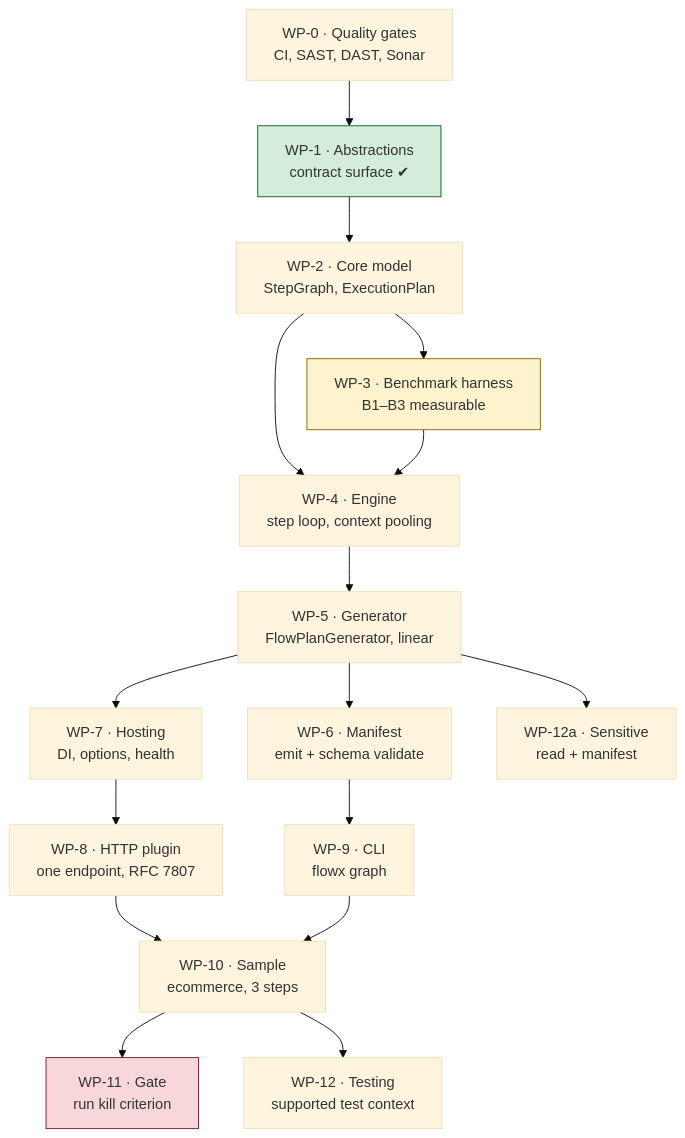
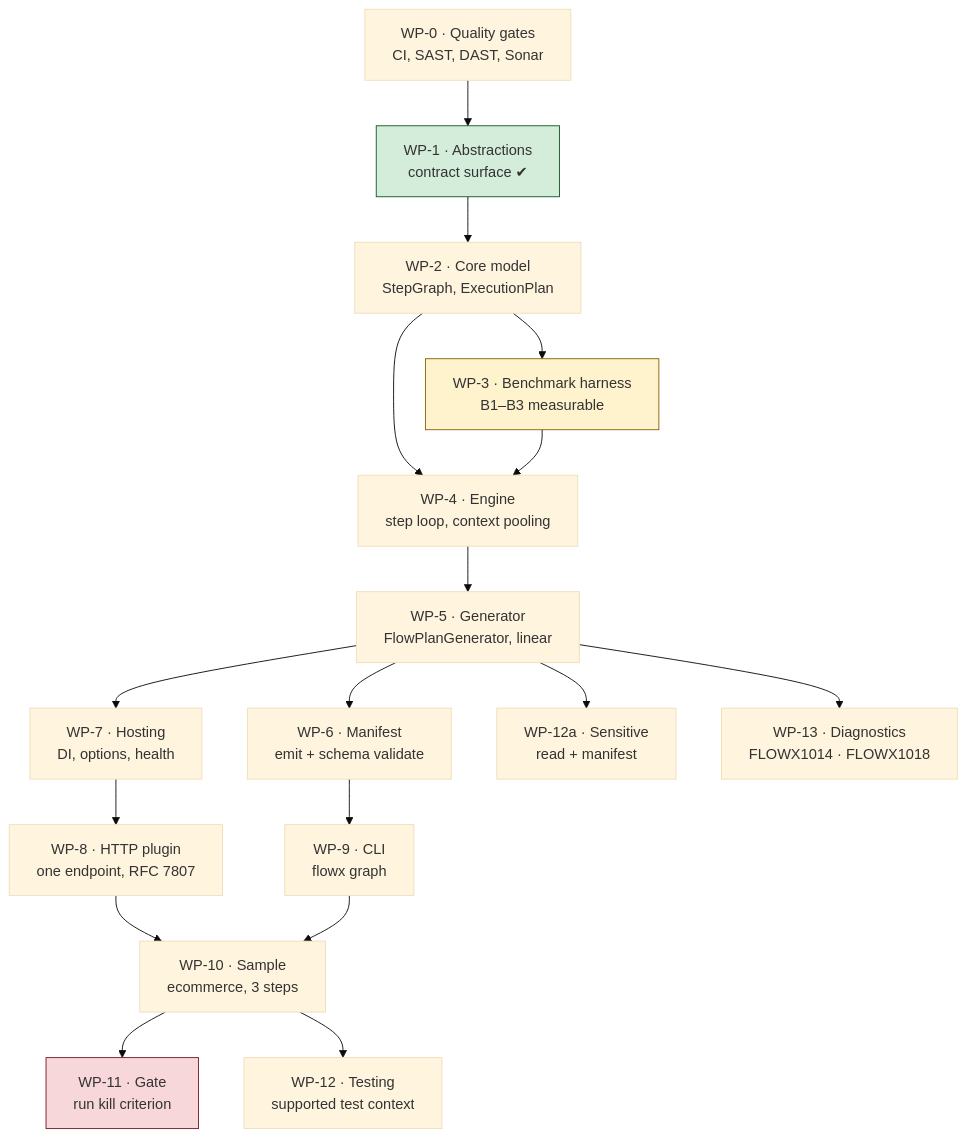
The diagram in PLAN.md (KhaiTrang1995/NexusFlow), drawn with Mermaid (base theme) before and after one commit. The commit also changed other lines of this file and 11 other files, not shown here.

````diff
--- a/PLAN.md
+++ b/PLAN.md
@@ -35,31 +35,33 @@
 ```mermaid
 flowchart TD
     WP0["WP-0 · Quality gates<br/>CI, SAST, DAST, Sonar"]
     WP1["WP-1 · Abstractions<br/>contract surface ✔"]
     WP2["WP-2 · Core model<br/>StepGraph, ExecutionPlan"]
     WP3["WP-3 · Benchmark harness<br/>B1–B3 measurable"]
     WP4["WP-4 · Engine<br/>step loop, context pooling"]
     WP5["WP-5 · Generator<br/>FlowPlanGenerator, linear"]
     WP6["WP-6 · Manifest<br/>emit + schema validate"]
     WP7["WP-7 · Hosting<br/>DI, options, health"]
     WP8["WP-8 · HTTP plugin<br/>one endpoint, RFC 7807"]
     WP9["WP-9 · CLI<br/>flowx graph"]
     WP10["WP-10 · Sample<br/>ecommerce, 3 steps"]
     WP11["WP-11 · Gate<br/>run kill criterion"]
     WP12["WP-12 · Testing<br/>supported test context"]
     WP12a["WP-12a · Sensitive<br/>read + manifest"]
+    WP13["WP-13 · Diagnostics<br/>FLOWX1014 · FLOWX1018"]
 
     WP0 --> WP1 --> WP2 --> WP3
     WP2 --> WP4
     WP3 --> WP4
     WP4 --> WP5 --> WP6
     WP5 --> WP7 --> WP8 --> WP10
     WP6 --> WP9 --> WP10
     WP10 --> WP11
     WP10 --> WP12
     WP5 --> WP12a
+    WP5 --> WP13
 
     style WP3 fill:#fff3cd,stroke:#856404
     style WP11 fill:#f8d7da,stroke:#721c24
     style WP1 fill:#d4edda,stroke:#155724
 ```
````
